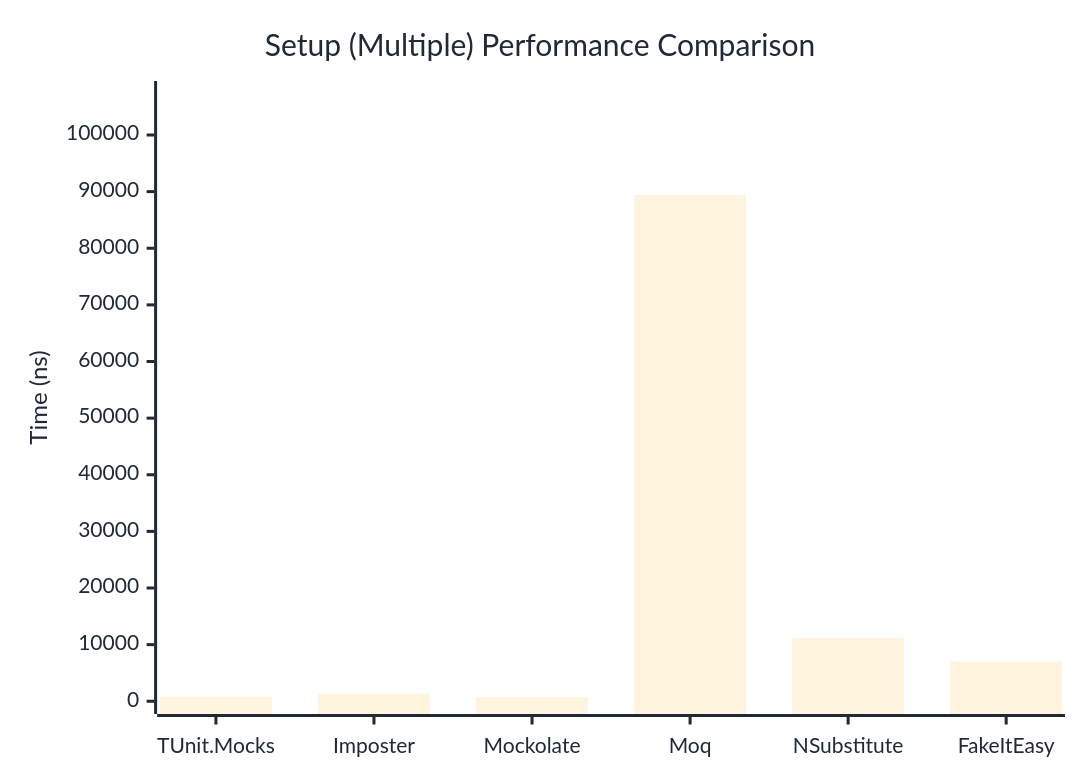
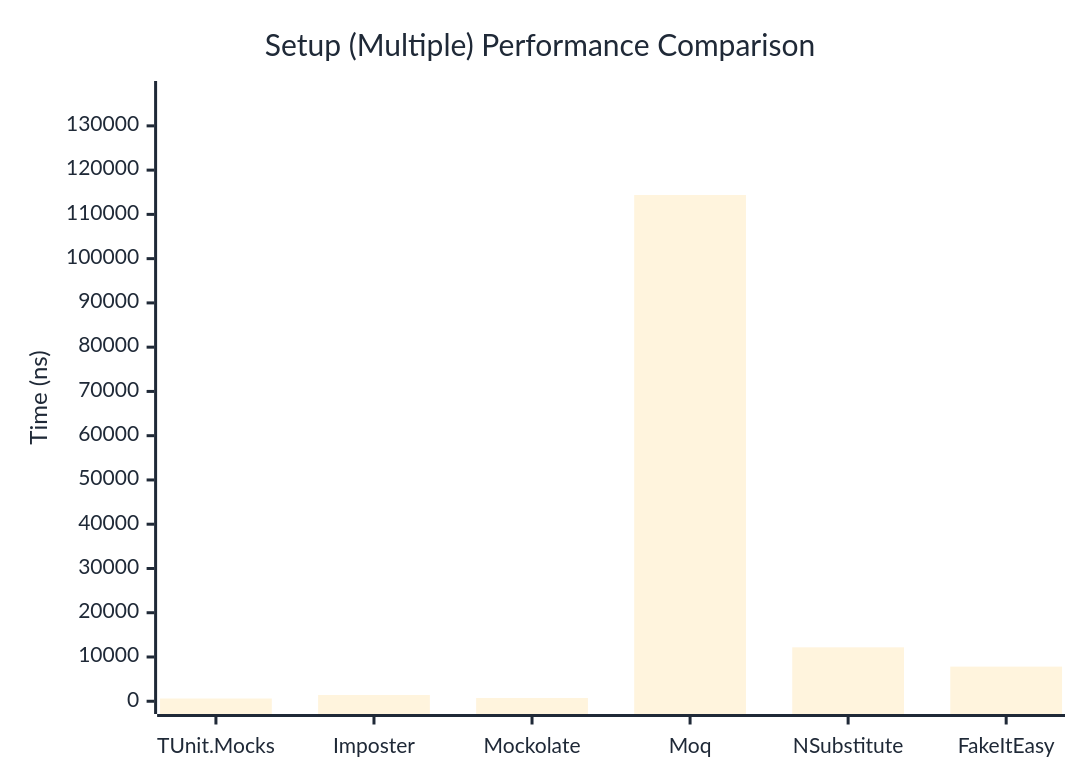
Before and after one commit to thomhurst/TUnit: the second of 2 diagrams in docs/docs/benchmarks/mocks/Setup.md, drawn with Mermaid. The commit also changed other lines of this file and 14 other files, not shown here.

````diff
--- a/docs/docs/benchmarks/mocks/Setup.md
+++ b/docs/docs/benchmarks/mocks/Setup.md
@@ -69,27 +69,27 @@
 ```mermaid
 %%{init: {
   'theme':'base',
   'themeVariables': {
     'primaryColor': '#2563eb',
     'primaryTextColor': '#1f2937',
     'primaryBorderColor': '#1e40af',
     'lineColor': '#6b7280',
     'secondaryColor': '#7c3aed',
     'tertiaryColor': '#dc2626',
     'background': '#ffffff',
     'pie1': '#2563eb',
     'pie2': '#7c3aed',
     'pie3': '#dc2626',
     'pie4': '#f59e0b',
     'pie5': '#10b981',
     'pie6': '#06b6d4',
     'pie7': '#ec4899',
     'pie8': '#6366f1'
   }
 }}%%
 xychart-beta
   title "Setup (Multiple) Performance Comparison"
   x-axis ["TUnit.Mocks", "Imposter", "Mockolate", "Moq", "NSubstitute", "FakeItEasy"]
-  y-axis "Time (ns)" 0 --> 107286
-  bar [787.9, 1338.9, 748.6, 89404.6, 11169.5, 7008.5]
+  y-axis "Time (ns)" 0 --> 137256
+  bar [619.5, 1414.7, 737, 114379.8, 12181.6, 7822.8]
 ```
````
